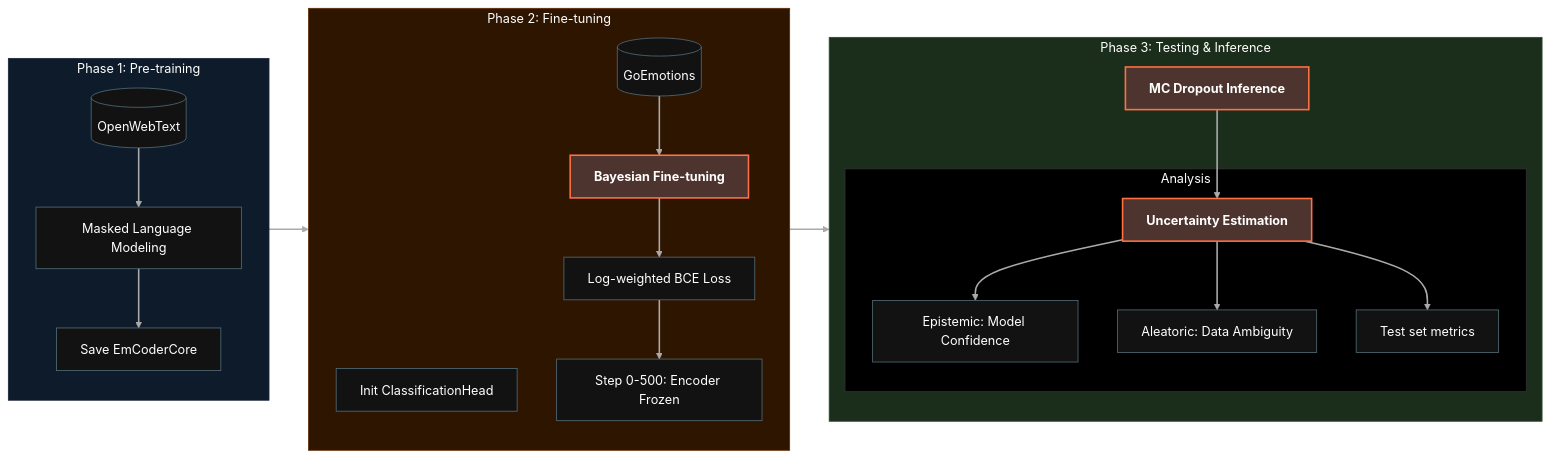
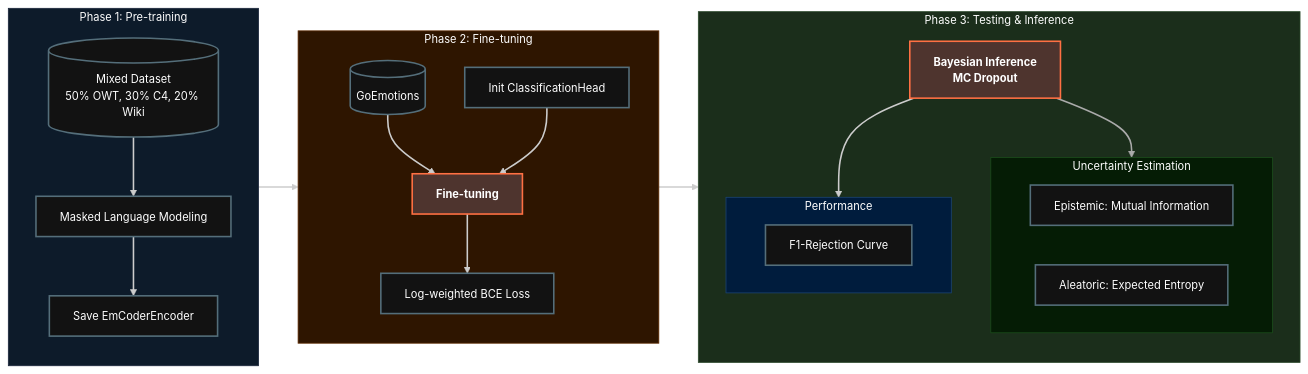
Before and after one commit to yezdata/emcoder: the second of 2 diagrams in README.md, drawn with Mermaid. The commit also changed other lines of this file and 9 other files, not shown here.

````diff
--- a/README.md
+++ b/README.md
@@ -204,38 +250,62 @@
 ```mermaid
+---
+config:
+  theme: redux-dark
+  layout: fixed
+---
 flowchart LR
-    classDef StageNode fill:#121212,stroke:#546e7a,color:#fff;
-    classDef HighlightNode fill:#4e342e,stroke:#ff7043,stroke-width:2px,color:#fff,font-weight:bold;
+ subgraph PT["Phase 1: Pre-training"]
+    direction TB
+        MLM["Masked Language Modeling"]
+        DataMix[("Mixed Dataset<br>50% OWT, 30% C4, 20% Wiki")]
+        Core["Save EmCoderEncoder"]
+  end
+ subgraph FT["Phase 2: Fine-tuning"]
+    direction TB
+        Init["Init ClassificationHead"]
+        FT_Node["Fine-tuning"]
+        GE[("GoEmotions")]
+        LogW["Log-weighted BCE Loss"]
+  end
+ subgraph UNC["Uncertainty Estimation"]
+        EPI["Epistemic: Mutual Information"]
+        ALE["Aleatoric: Expected Entropy"]
+  end
+ subgraph PERF["Performance"]
+        RC["F1-Rejection Curve"]
+  end
+ subgraph EV["Phase 3: Testing & Inference"]
+    direction TB
+        MCD["Bayesian Inference<br>MC Dropout"]
+        UNC
+        PERF
+  end
+    DataMix --> MLM
+    MLM --> Core
+    Core --> Init
+    GE --> FT_Node
+    Init --> FT_Node
+    FT_Node --> LogW
+    LogW --> MCD
+    MCD --> UNC & PERF
 
-    subgraph PT ["Phase 1: Pre-training"]
-        direction TB
-        OWT[(OpenWebText)]:::StageNode --> MLM[Masked Language Modeling]:::StageNode
-        MLM --> Core[Save EmCoderCore]:::StageNode
-    end
-
-    subgraph FT ["Phase 2: Fine-tuning"]
-        direction TB
-        Core --> Init[Init ClassificationHead]:::StageNode
-        GE[(GoEmotions)]:::StageNode --> WBT[Bayesian Fine-tuning]:::HighlightNode
-        WBT --> LogW[Log-weighted BCE Loss]:::StageNode
-        LogW --> Freeze[Step 0-500: Encoder Frozen]:::StageNode
-    end
-
-    subgraph EV ["Phase 3: Testing & Inference"]
-        direction TB
-        Freeze --> MCD[MC Dropout Inference]:::HighlightNode
-        MCD --> Unc[Uncertainty Estimation]:::HighlightNode
-        
-        subgraph Metrics ["Analysis"]
-            Unc --> EPI[Epistemic: Model Confidence]:::StageNode
-            Unc --> ALE[Aleatoric: Data Ambiguity]:::StageNode
-            Unc --> CM[Test set metrics]:::StageNode
-        end
-    end
-
+     MLM:::StageNode
+     DataMix:::StageNode
+     Core:::StageNode
+     Init:::StageNode
+     FT_Node:::HighlightNode
+     GE:::StageNode
+     LogW:::StageNode
+     EPI:::StageNode
+     ALE:::StageNode
+     RC:::StageNode
+     MCD:::HighlightNode
+    classDef StageNode fill:#121212,stroke:#546e7a,color:#fff
+    classDef HighlightNode fill:#4e342e,stroke:#ff7043,stroke-width:2px,color:#fff,font-weight:bold
+    style UNC fill:#051c05,stroke:#1b4d1b,color:#fff
+    style PERF fill:#001c3d,stroke:#1b4373,color:#fff
     style PT fill:#0d1b2a,stroke:#1b263b,color:#fff
     style FT fill:#2e1500,stroke:#5d2a00,color:#fff
     style EV fill:#1b2e1b,stroke:#2d4a2d,color:#fff
-    style Metrics fill:#000,stroke:#333,color:#fff
-
-    linkStyle default stroke:#aaa,stroke-width:2px;
+    linkStyle 7 stroke:#aaa,stroke-width:2px,fill:none
 ```
````
